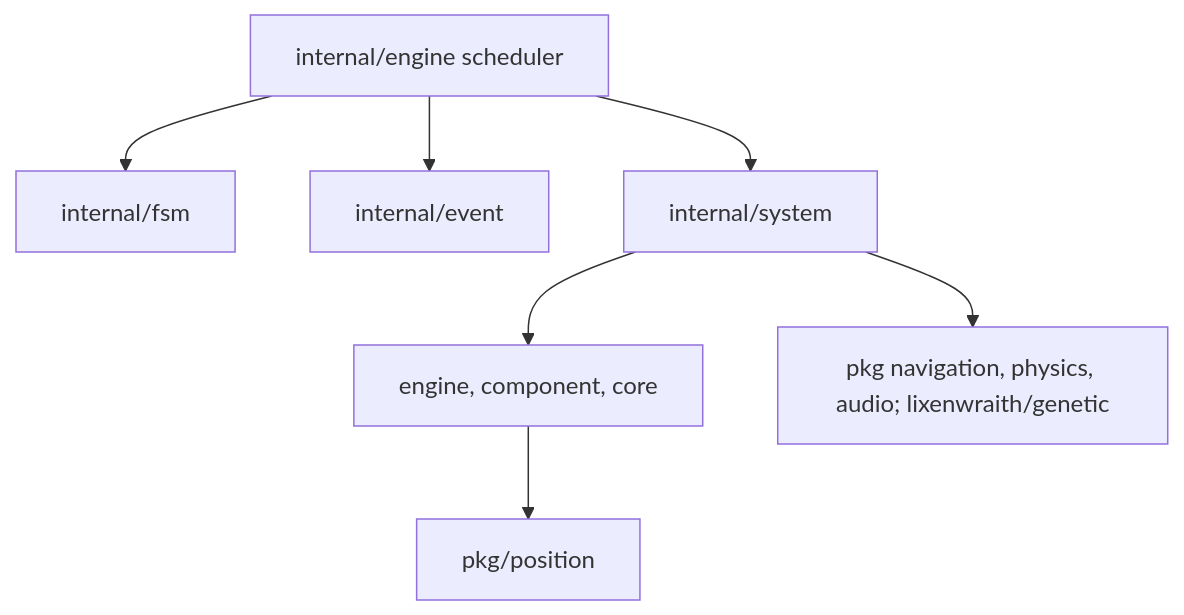
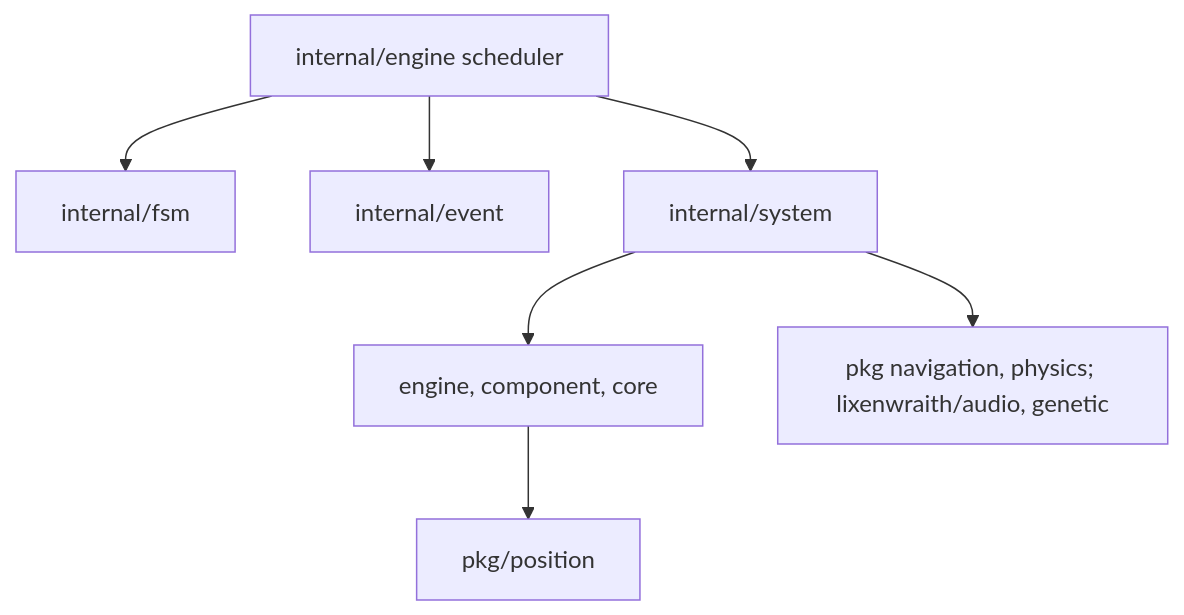
One commit to lixenwraith/vif changed the second of 4 diagrams in doc/package-map.md. Above: the diagram before and after it, drawn with Mermaid. The commit also changed other lines of this file and 18 other files, not shown here.

First line of the commit message:
docs: the audio library's documents in pkg/audio/doc, vif's cut to the game's half (#1005)

````diff
--- a/doc/package-map.md
+++ b/doc/package-map.md
@@ -31,9 +31,9 @@
 ```mermaid
 flowchart TD
     Scheduler["internal/engine scheduler"] --> FSM["internal/fsm"]
     Scheduler --> Events["internal/event"]
     Scheduler --> Systems["internal/system"]
     Systems --> ECS["engine, component, core"]
-    Systems --> Algorithms["pkg navigation, physics, audio; lixenwraith/genetic"]
+    Systems --> Algorithms["pkg navigation, physics; lixenwraith/audio, genetic"]
     ECS --> Position["pkg/position"]
 ```
````
